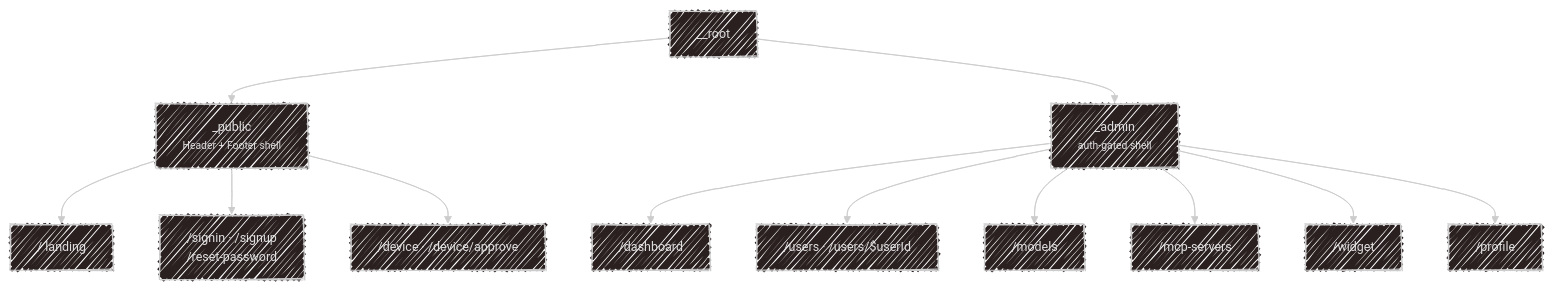
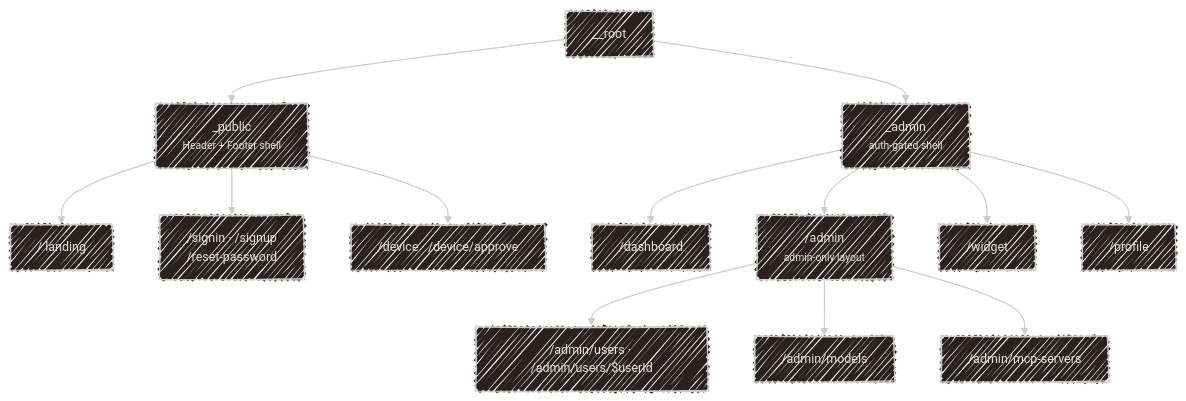
The diagram in docs/development/web.md (SubZtep/kaja), drawn with Mermaid before and after one commit. The commit also changed other lines of this file and 304 other files, not shown here.

Commit message:
refactor: static menu, admin layout, abilities rename and dead-code cleanup (#70)

````diff
--- a/docs/development/web.md
+++ b/docs/development/web.md
@@ -13,21 +13,22 @@
 ```mermaid
 ---
 config:
   look: handDrawn
   theme: neo-dark
 ---
 flowchart TD
     R["__root"] --> P["_public<br><small>Header + Footer shell</small>"]
     R --> A["_admin<br><small>auth-gated shell</small>"]
 
     P --> L["/ landing"]
     P --> S["/signin · /signup<br>/reset-password"]
     P --> D["/device · /device/approve"]
 
     A --> DA["/dashboard"]
-    A --> U["/users · /users/$userId"]
-    A --> M["/models"]
-    A --> MC["/mcp-servers"]
+    A --> AD["/admin<br><small>admin-only layout</small>"]
+    AD --> U["/admin/users · /admin/users/$userId"]
+    AD --> M["/admin/models"]
+    AD --> MC["/admin/mcp-servers"]
     A --> W["/widget"]
     A --> PR["/profile"]
 ```
````
